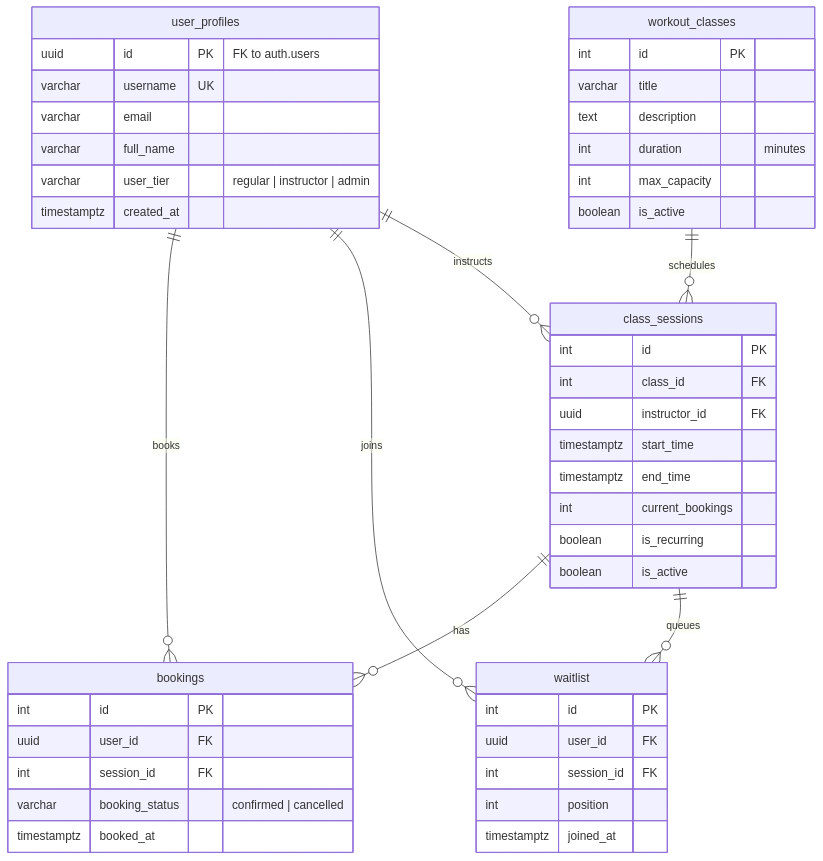
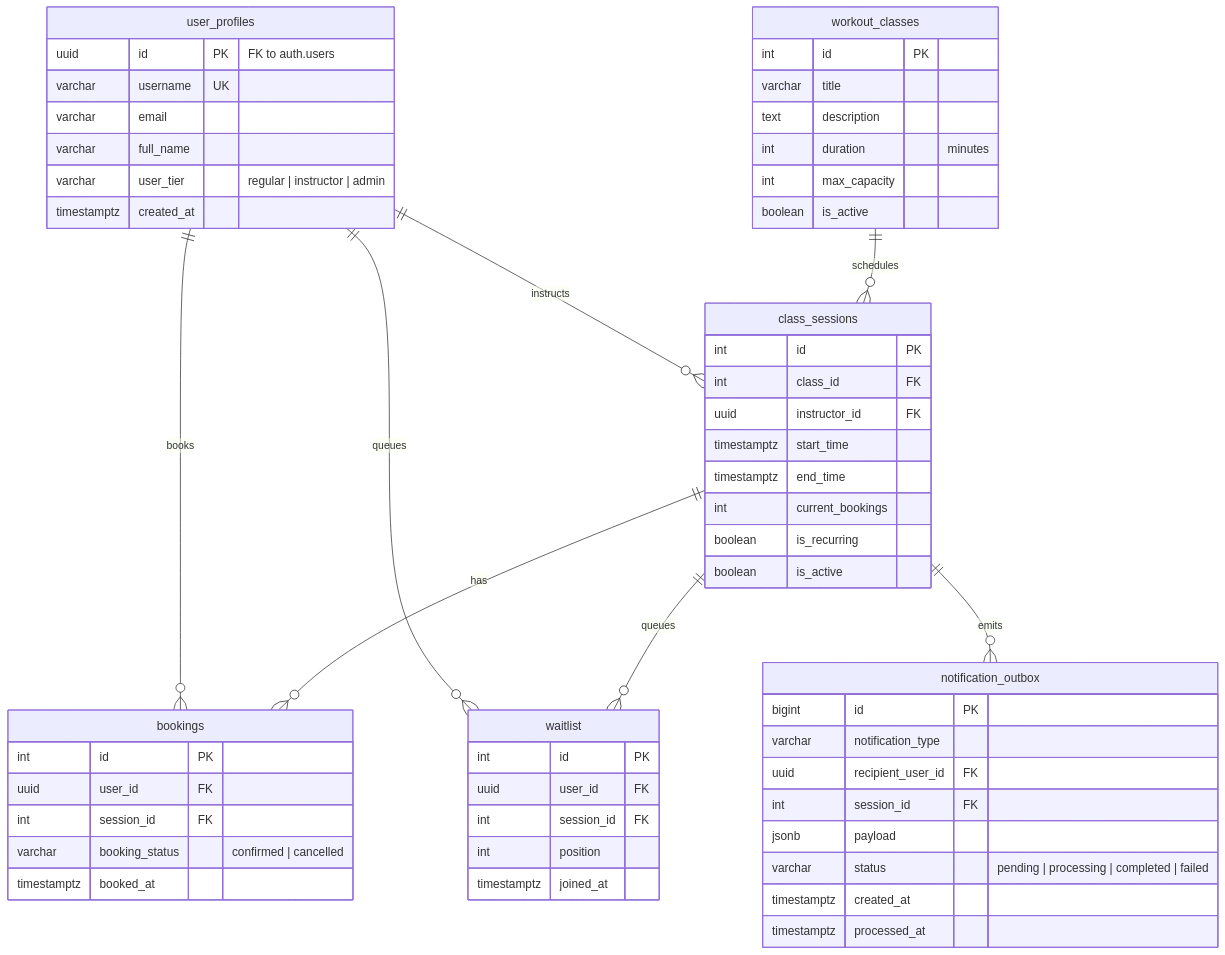
Before and after one commit to Stronkestape/workout-website: the second of 2 diagrams in README.md, drawn with Mermaid. The commit also changed other lines of this file, not shown here.

Commit message:
docs: README frissitese a modern TypeScript architektura es teljesitmeny szerint

````diff
--- a/README.md
+++ b/README.md
@@ -81,54 +97,66 @@
 ```mermaid
 erDiagram
     user_profiles ||--o{ bookings : "books"
-    user_profiles ||--o{ waitlist : "joins"
+    user_profiles ||--o{ waitlist : "queues"
     user_profiles ||--o{ class_sessions : "instructs"
     workout_classes ||--o{ class_sessions : "schedules"
     class_sessions ||--o{ bookings : "has"
     class_sessions ||--o{ waitlist : "queues"
+    class_sessions ||--o{ notification_outbox : "emits"
 
     user_profiles {
         uuid id PK "FK to auth.users"
         varchar username UK
         varchar email
         varchar full_name
         varchar user_tier "regular | instructor | admin"
         timestamptz created_at
     }
 
     workout_classes {
         int id PK
         varchar title
         text description
         int duration "minutes"
         int max_capacity
         boolean is_active
     }
 
     class_sessions {
         int id PK
         int class_id FK
         uuid instructor_id FK
         timestamptz start_time
         timestamptz end_time
         int current_bookings
         boolean is_recurring
         boolean is_active
     }
 
     bookings {
         int id PK
         uuid user_id FK
         int session_id FK
         varchar booking_status "confirmed | cancelled"
         timestamptz booked_at
     }
 
     waitlist {
         int id PK
         uuid user_id FK
         int session_id FK
         int position
         timestamptz joined_at
     }
+
+    notification_outbox {
+        bigint id PK
+        varchar notification_type
+        uuid recipient_user_id FK
+        int session_id FK
+        jsonb payload
+        varchar status "pending | processing | completed | failed"
+        timestamptz created_at
+        timestamptz processed_at
+    }
 ```
````
